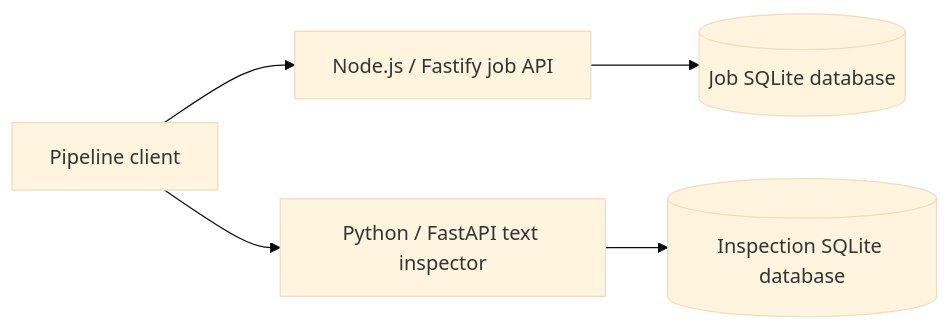
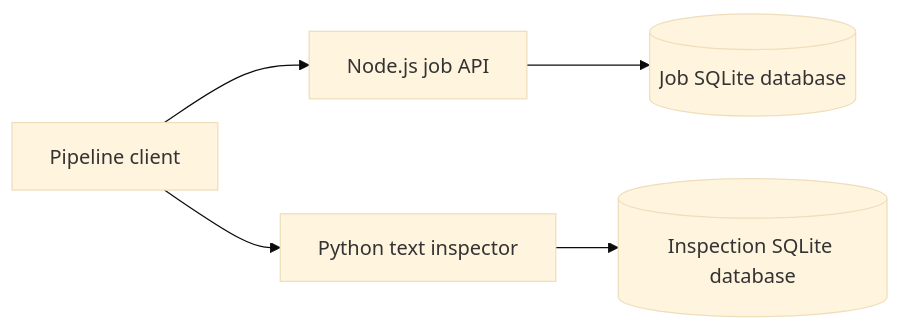
One commit to edsonsims/architecture-studies changed the diagram in README.md. Above: the diagram before and after it, drawn with Mermaid (base theme). The commit also changed other lines of this file and 3 other files, not shown here.

Commit message:
Give the architecture studies clear demos and original visual identity

````diff
--- a/README.md
+++ b/README.md
@@ -12,7 +100,7 @@
 ```mermaid
 flowchart LR
-    Client[Pipeline client] --> Jobs[Node.js / Fastify job API]
-    Client --> Inspector[Python / FastAPI text inspector]
+    Client[Pipeline client] --> Jobs[Node.js job API]
+    Client --> Inspector[Python text inspector]
     Jobs --> JobDB[(Job SQLite database)]
     Inspector --> ReceiptDB[(Inspection SQLite database)]
 ```
````
